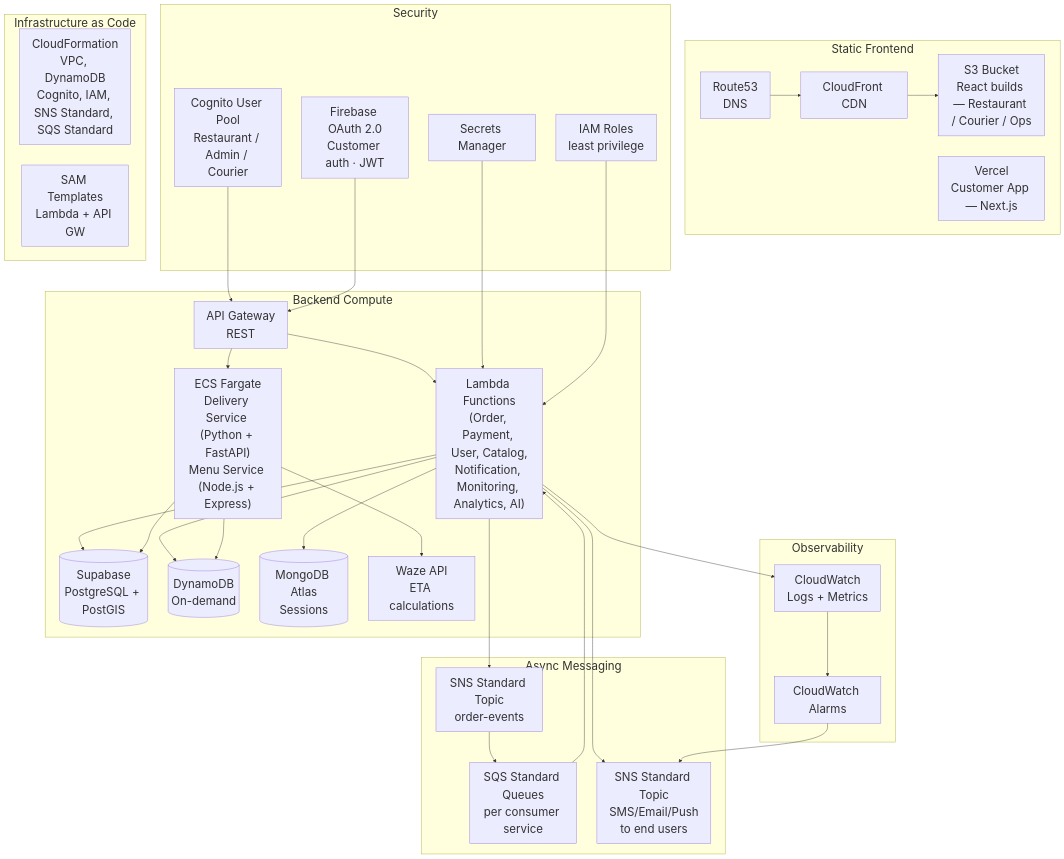
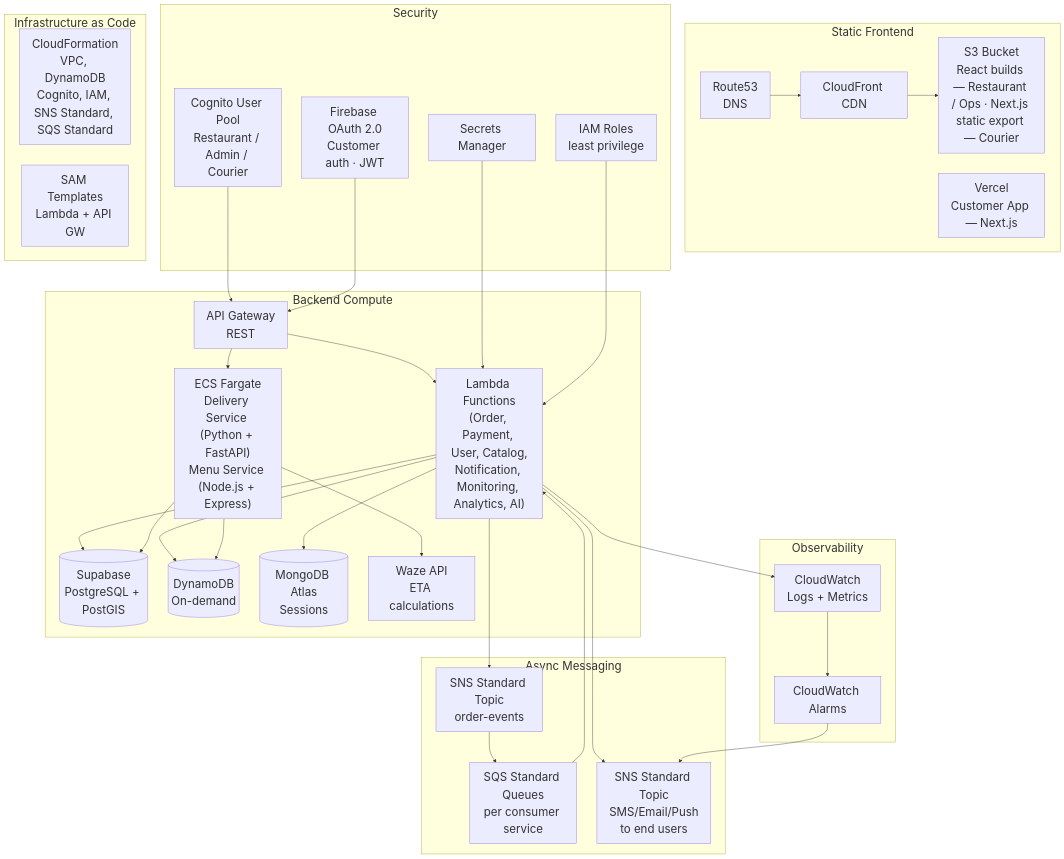
Before and after one commit to food-delivery-platform/docs: the fifth of 10 diagrams in ARCHITECTURE.md, drawn with Mermaid. The commit also changed other lines of this file and 1 other file, not shown here.

````diff
--- a/ARCHITECTURE.md
+++ b/ARCHITECTURE.md
@@ -602,50 +614,50 @@
 ```mermaid
 ---
 config:
   theme: default
   themeVariables:
     fontSize: "28px"
 ---
 graph TB
     subgraph CDN["Static Frontend"]
         R53[Route53\nDNS] --> CF2[CloudFront CDN]
-        CF2 --> S3F[S3 Bucket\nReact builds — Restaurant / Courier / Ops]
+        CF2 --> S3F[S3 Bucket\nReact builds — Restaurant / Ops · Next.js static export — Courier]
         VERCEL[Vercel\nCustomer App — Next.js]
     end
 
     subgraph Compute["Backend Compute"]
         AG2[API Gateway\nREST] --> LMB["Lambda Functions\n(Order, Payment, User, Catalog,\nNotification, Monitoring, Analytics, AI)"]
         AG2 --> ECS["ECS Fargate\nDelivery Service (Python + FastAPI)\nMenu Service (Node.js + Express)"]
         LMB --> SBD[(Supabase\nPostgreSQL + PostGIS)]
         ECS --> SBD
         LMB --> DYN[(DynamoDB\nOn-demand)]
         ECS --> DYN
         LMB --> MDB2[(MongoDB Atlas\nSessions)]
         ECS --> WAZE[Waze API\nETA calculations]
     end
 
     subgraph Messaging2["Async Messaging"]
         LMB --> SNSSTD[SNS Standard Topic\norder-events]
         SNSSTD --> SQSSTD[SQS Standard Queues\nper consumer service]
         SQSSTD --> LMB
         LMB --> SNSN[SNS Standard Topic\nSMS/Email/Push\nto end users]
     end
 
     subgraph Security2["Security"]
         COG2[Cognito User Pool\nRestaurant / Admin / Courier] --> AG2
         FB2[Firebase OAuth 2.0\nCustomer auth · JWT] --> AG2
         SMG[Secrets Manager] --> LMB
         IAM[IAM Roles\nleast privilege] --> LMB
     end
 
     subgraph Observability["Observability"]
         LMB --> CWL[CloudWatch\nLogs + Metrics]
         CWL --> CWA[CloudWatch Alarms]
         CWA --> SNSN
     end
 
     subgraph IaC["Infrastructure as Code"]
         CFN[CloudFormation\nVPC, DynamoDB\nCognito, IAM, SNS Standard, SQS Standard]
         SAM[SAM Templates\nLambda + API GW]
     end
 ```
````
